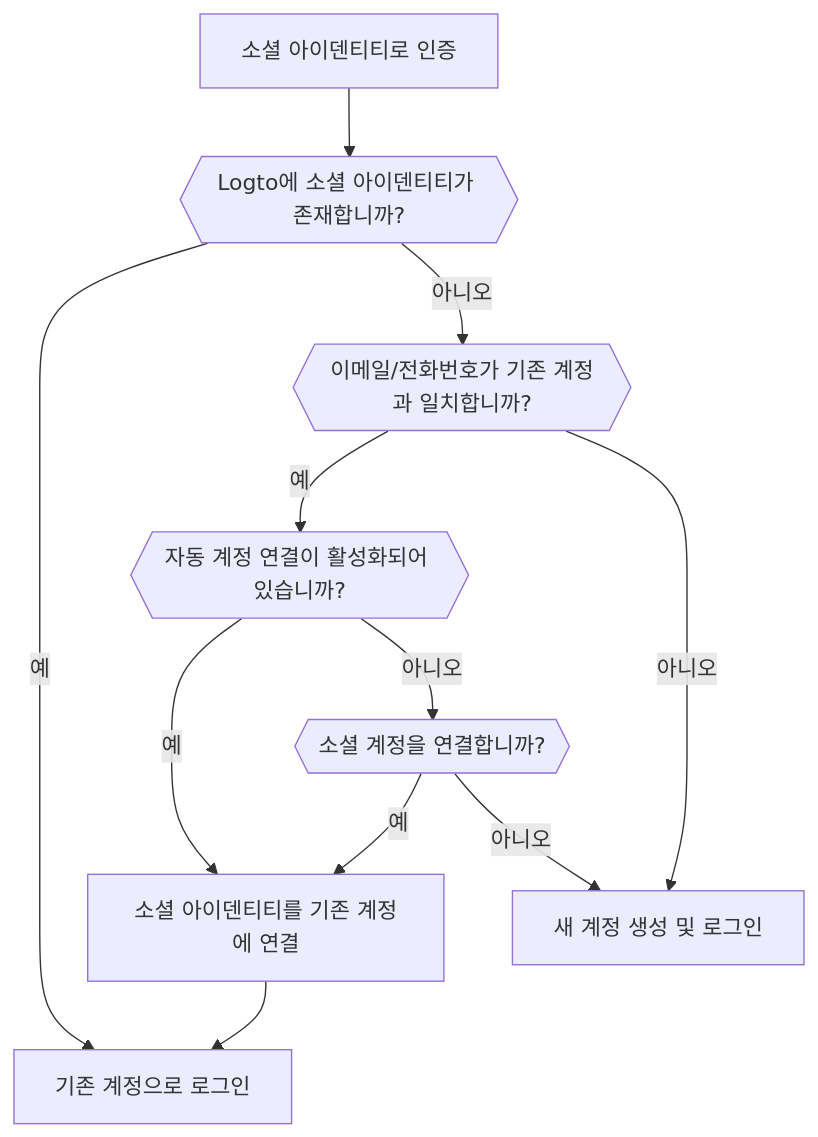
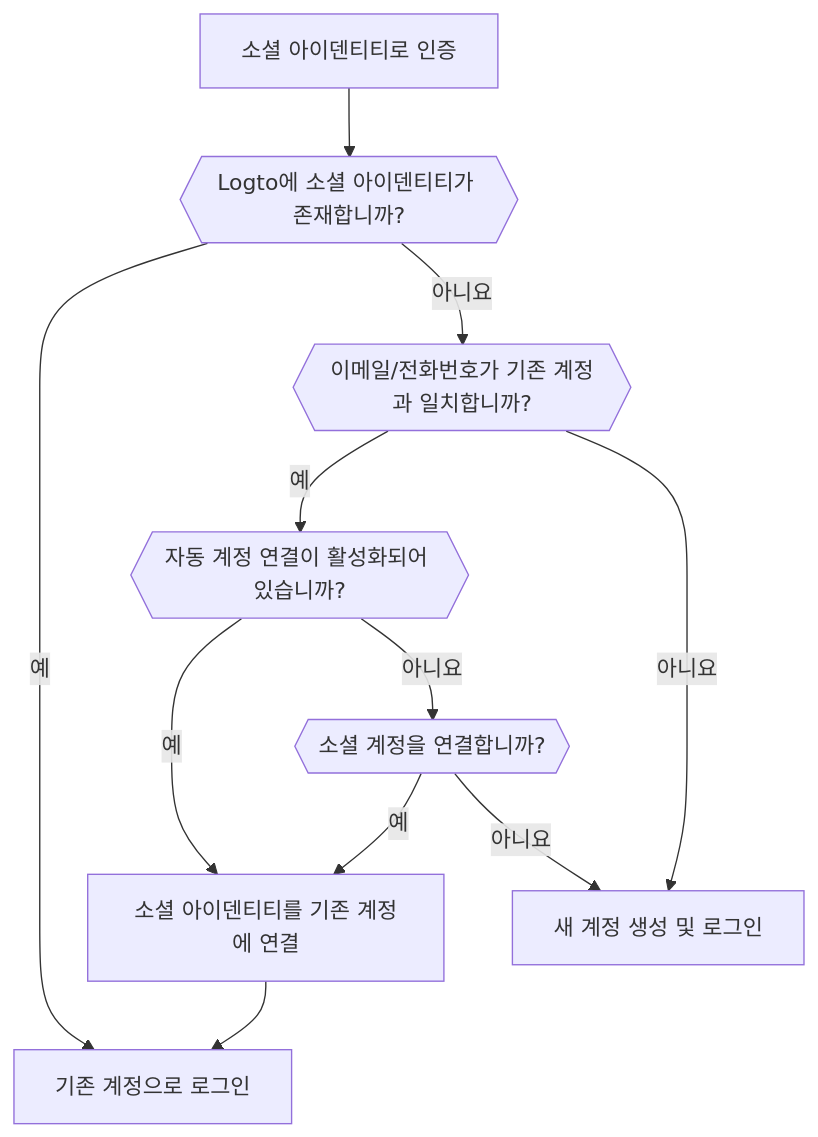
One commit to logto-io/docs changed the third of 6 diagrams in i18n/ko/docusaurus-plugin-content-docs/current/end-user-flows/sign-up-and-sign-in/social-sign-in.mdx. Above: the diagram before and after it, drawn with Mermaid. The commit also changed other lines of this file and 407 other files, not shown here.

````diff
--- a/i18n/ko/docusaurus-plugin-content-docs/current/end-user-flows/sign-up-and-sign-in/social-sign-in.mdx
+++ b/i18n/ko/docusaurus-plugin-content-docs/current/end-user-flows/sign-up-and-sign-in/social-sign-in.mdx
@@ -112,13 +105,13 @@
     ```mermaid
     flowchart TD
     A[소셜 아이덴티티로 인증] --> B{{Logto에 소셜 아이덴티티가 존재합니까?}}
     B -- 예 --> C[기존 계정으로 로그인]
-    B -- 아니오 --> D{{이메일/전화번호가 기존 계정과 일치합니까?}}
+    B -- 아니요 --> D{{이메일/전화번호가 기존 계정과 일치합니까?}}
     D -- 예 --> E{{자동 계정 연결이 활성화되어 있습니까?}}
     E -- 예 --> G[소셜 아이덴티티를 기존 계정에 연결]
     G --> C
-    D -- 아니오 --> H[새 계정 생성 및 로그인]
-    E -- 아니오 --> I{{소셜 계정을 연결합니까?}}
+    D -- 아니요 --> H[새 계정 생성 및 로그인]
+    E -- 아니요 --> I{{소셜 계정을 연결합니까?}}
     I -- 예 --> G
-    I -- 아니오 --> H
+    I -- 아니요 --> H
     ```
````
